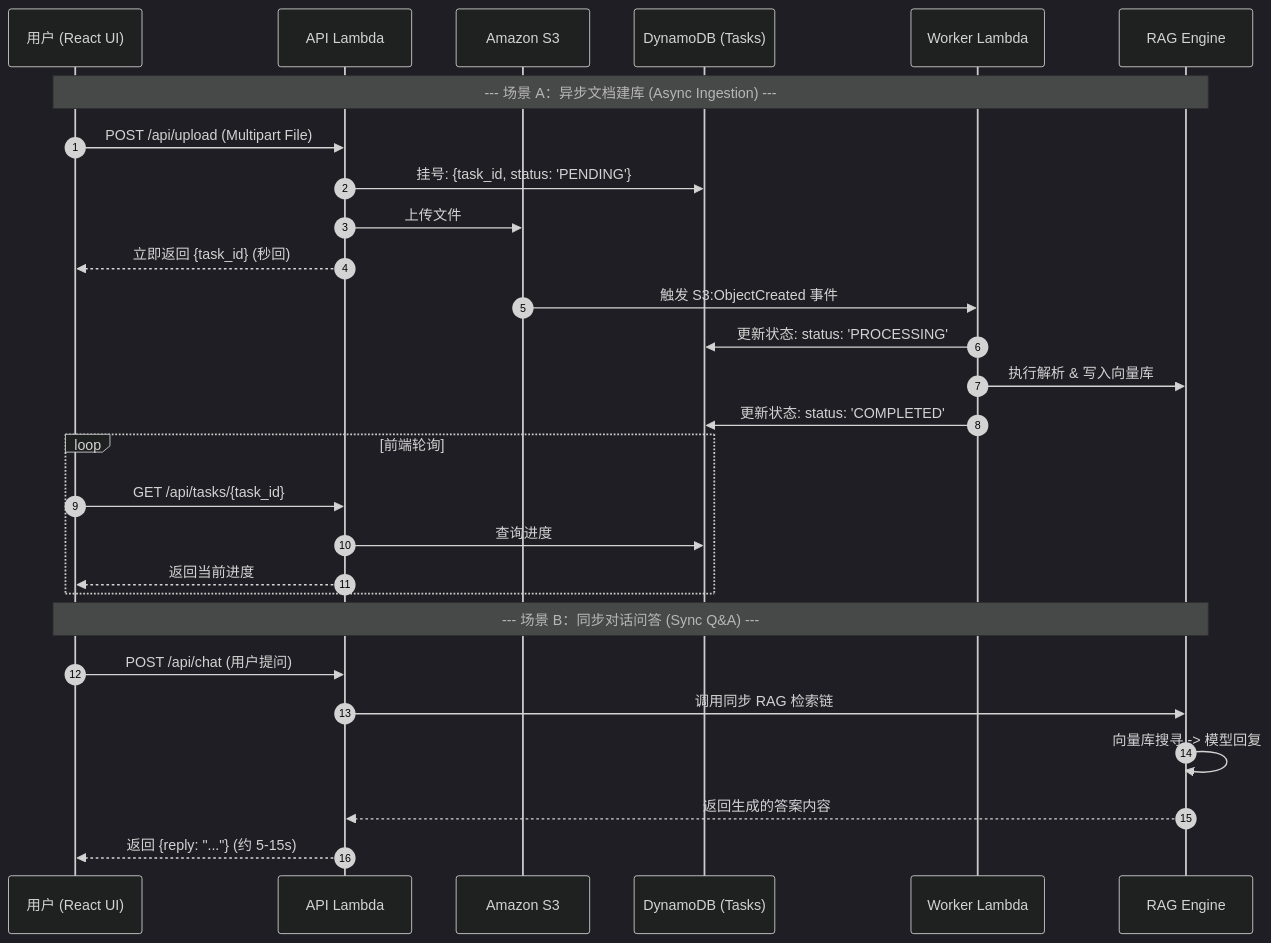
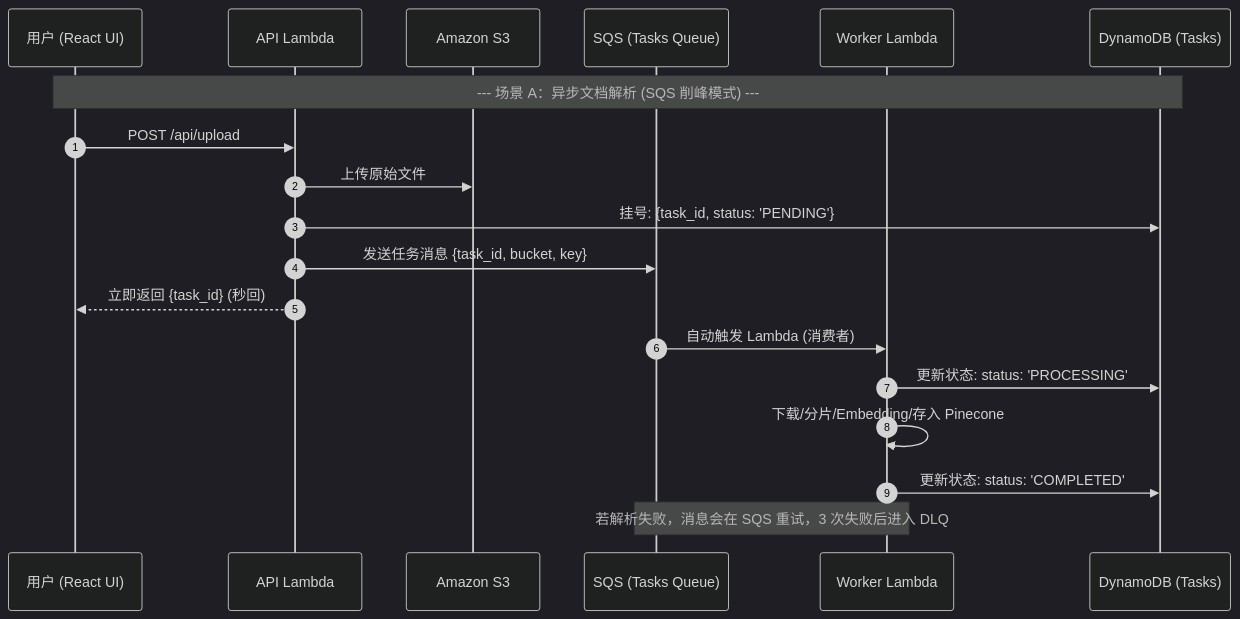
One commit to supermt1986/aws_notebooklm changed the second of 2 diagrams in aws_asynchronous_rag_architecture.md. Above: the diagram before and after it, drawn with Mermaid (dark theme). The commit also changed other lines of this file, not shown here.

Commit message:
docs: update asynchronous RAG architecture deep-dive with SQS and DLQ details

````diff
--- a/aws_asynchronous_rag_architecture.md
+++ b/aws_asynchronous_rag_architecture.md
@@ -46,34 +44,24 @@
 ```mermaid
 sequenceDiagram
     autonumber
     participant U as 用户 (React UI)
     participant A as API Lambda
     participant S as Amazon S3
+    participant Q as SQS (Tasks Queue)
+    participant W as Worker Lambda
     participant D as DynamoDB (Tasks)
-    participant W as Worker Lambda
-    participant R as RAG Engine
 
-    Note over U, R: --- 场景 A：异步文档建库 (Async Ingestion) ---
-    U->>A: POST /api/upload (Multipart File)
+    Note over U, D: --- 场景 A：异步文档解析 (SQS 削峰模式) ---
+    U->>A: POST /api/upload
+    A->>S: 上传原始文件
     A->>D: 挂号: {task_id, status: 'PENDING'}
-    A->>S: 上传文件
+    A->>Q: 发送任务消息 {task_id, bucket, key}
     A-->>U: 立即返回 {task_id} (秒回)
     
-    S->>W: 触发 S3:ObjectCreated 事件
+    Q->>W: 自动触发 Lambda (消费者)
     W->>D: 更新状态: status: 'PROCESSING'
-    W->>R: 执行解析 & 写入向量库
+    W->>W: 下载/分片/Embedding/存入 Pinecone
     W->>D: 更新状态: status: 'COMPLETED'
     
-    loop 前端轮询
-        U->>A: GET /api/tasks/{task_id}
-        A->>D: 查询进度
-        A-->>U: 返回当前进度
-    end
-
-    Note over U, R: --- 场景 B：同步对话问答 (Sync Q&A) ---
-    U->>A: POST /api/chat (用户提问)
-    A->>R: 调用同步 RAG 检索链
-    R->>R: 向量库搜寻 -> 模型回复
-    R-->>A: 返回生成的答案内容
-    A-->>U: 返回 {reply: "..."} (约 5-15s)
+    Note over Q, W: 若解析失败，消息会在 SQS 重试，3 次失败后进入 DLQ
 ```
````
